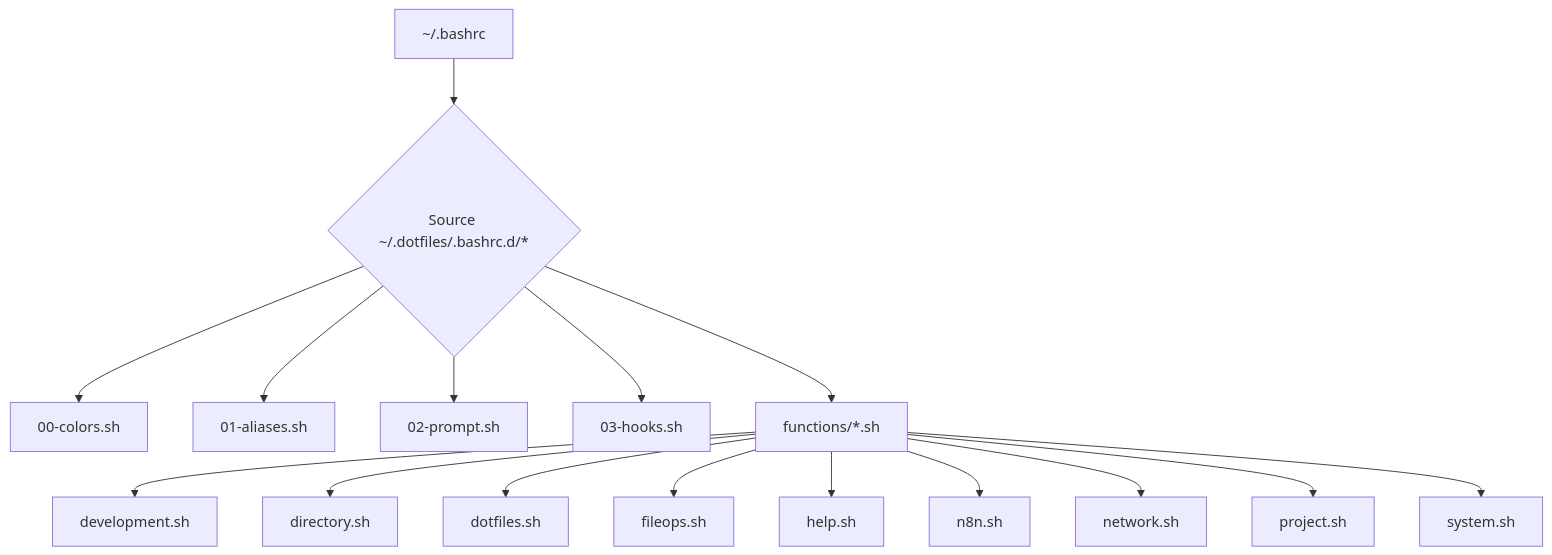
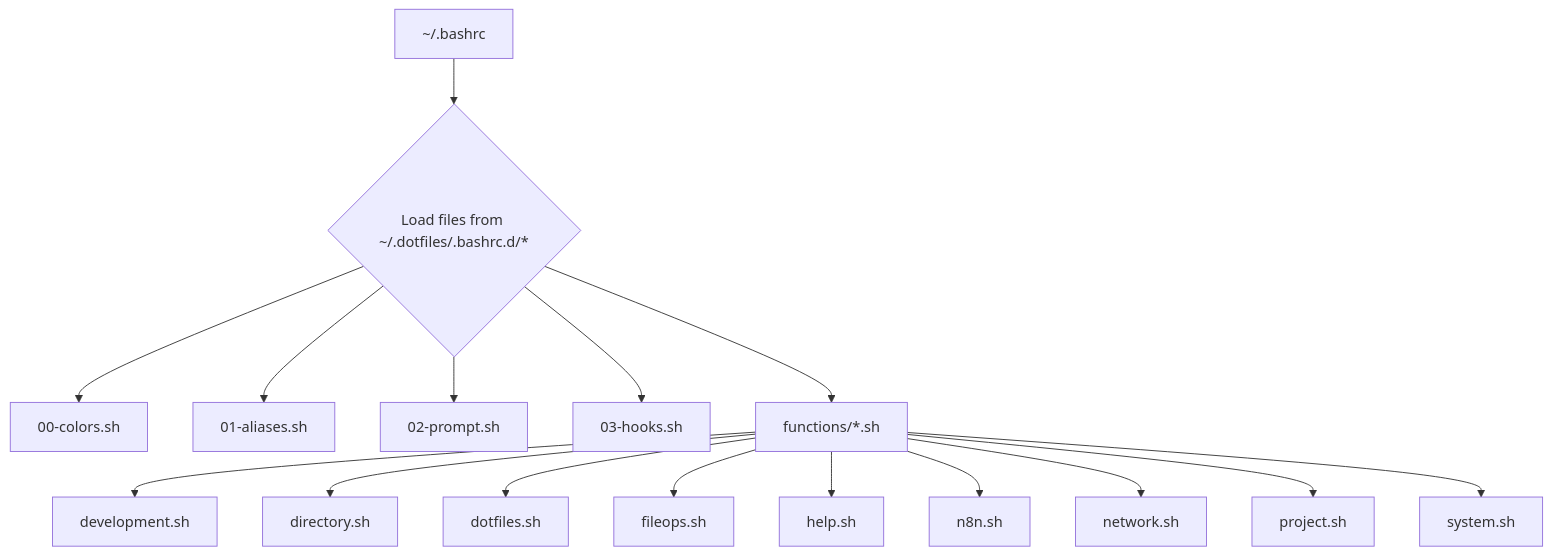
The diagram in docs/architecture.md (afif25fradana/Felis-Shell-Modular-Dotfile), drawn with Mermaid before and after one commit. The commit also changed other lines of this file and 9 other files, not shown here.

````diff
--- a/docs/architecture.md
+++ b/docs/architecture.md
@@ -17,18 +17,18 @@
 ```mermaid
 graph TD
-    A[~/.bashrc] --> B{Source ~/.dotfiles/.bashrc.d/*};
+    A[~/.bashrc] --> B{Load files from ~/.dotfiles/.bashrc.d/*};
     B --> C[00-colors.sh];
     B --> D[01-aliases.sh];
     B --> E[02-prompt.sh];
     B --> F[03-hooks.sh];
     B --> G[functions/*.sh];
     G --> H[development.sh];
     G --> I[directory.sh];
     G --> J[dotfiles.sh];
     G --> K[fileops.sh];
     G --> L[help.sh];
     G --> M[n8n.sh];
     G --> N[network.sh];
     G --> O[project.sh];
     G --> P[system.sh];
 ```
````
